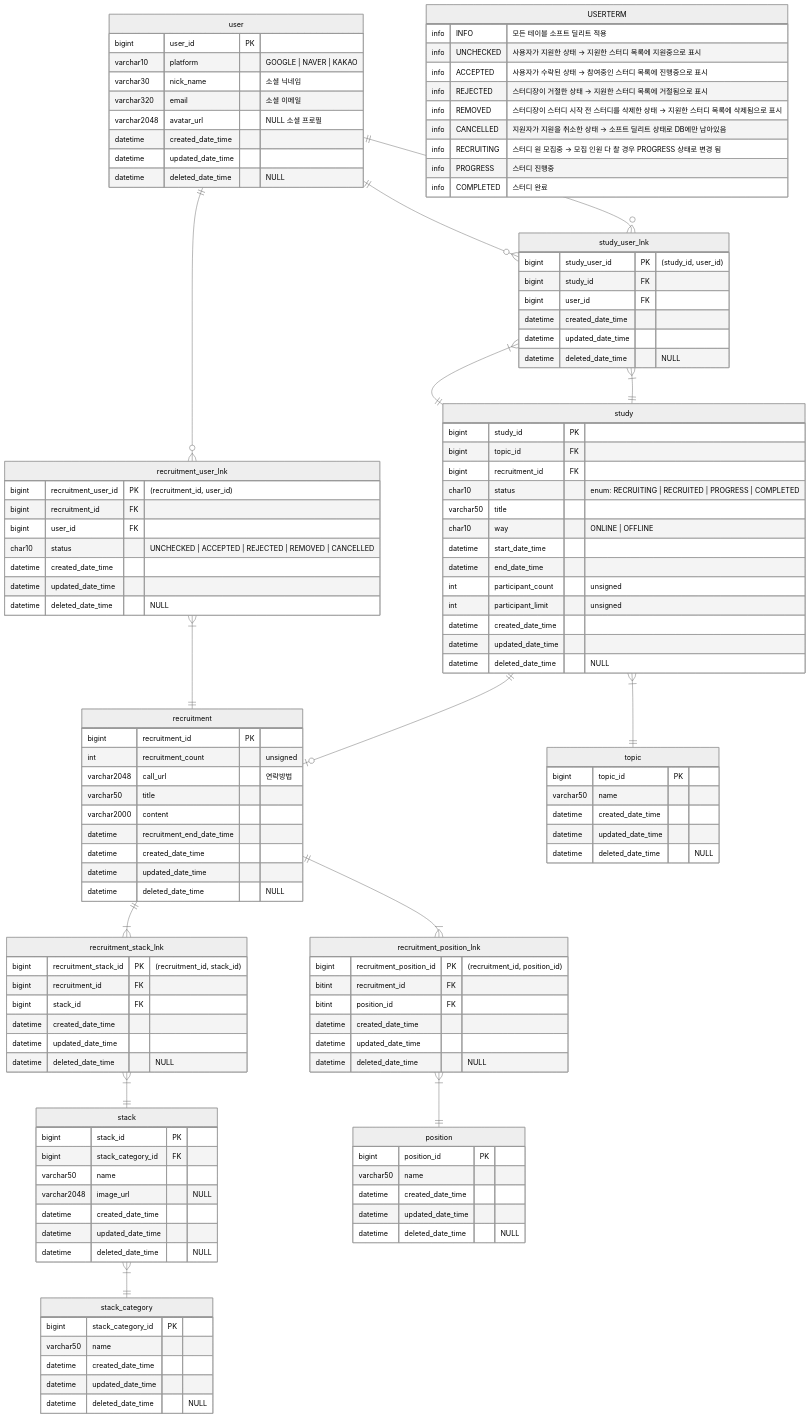
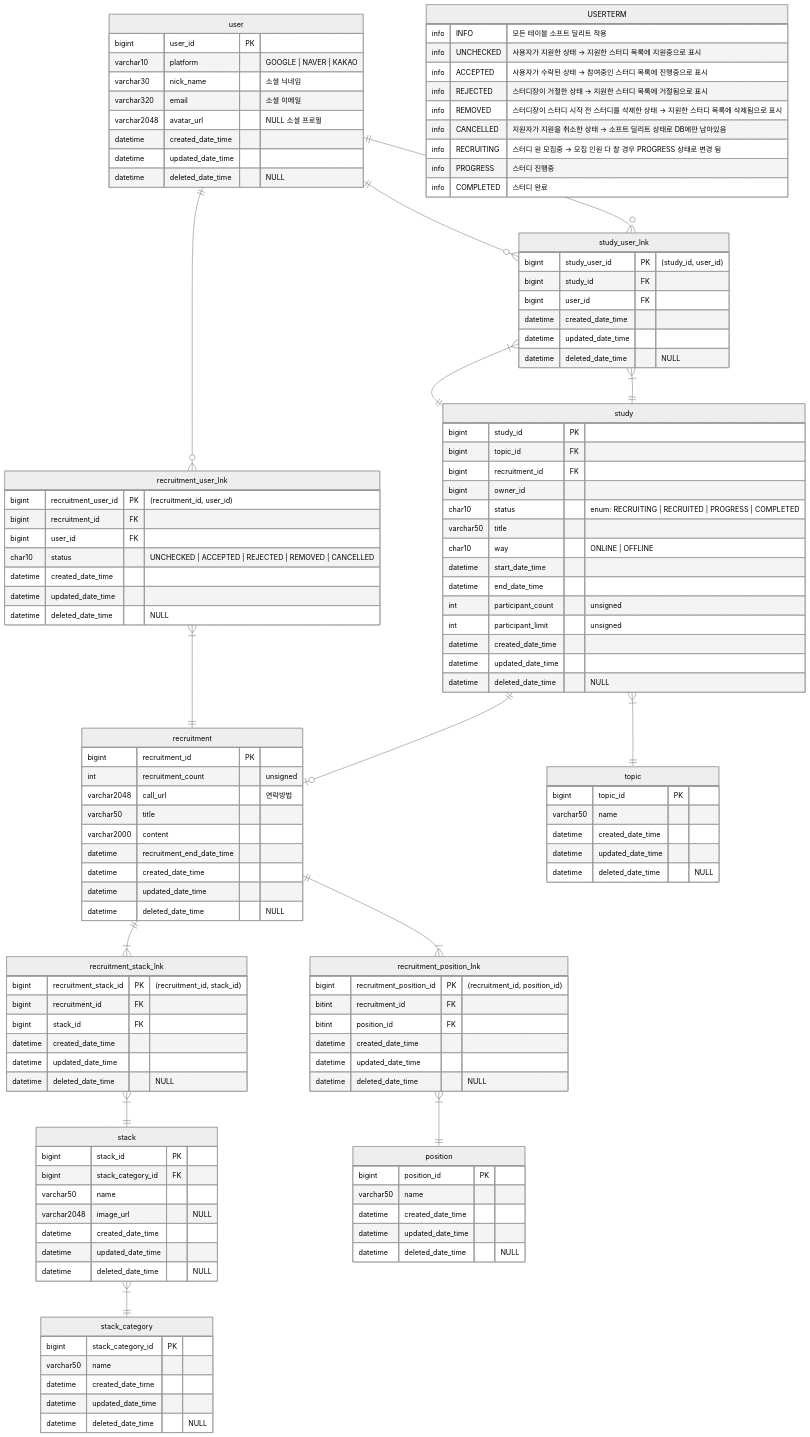
One commit to Ludo-SMP/ludo-backend changed the diagram in docs/erd.md. Above: the diagram before and after it, drawn with Mermaid.

Commit message:
docs: add owner_id column to study table

```diff
--- a/docs/erd.md
+++ b/docs/erd.md
@@ -181,7 +181,8 @@
         bigint study_id PK
         bigint topic_id FK
         bigint recruitment_id FK
-        
+        bigint owner_id
+
         char10 status "enum: RECRUITING | RECRUITED | PROGRESS | COMPLETED"
         varchar50 title
         char10 way "ONLINE | OFFLINE"
```
